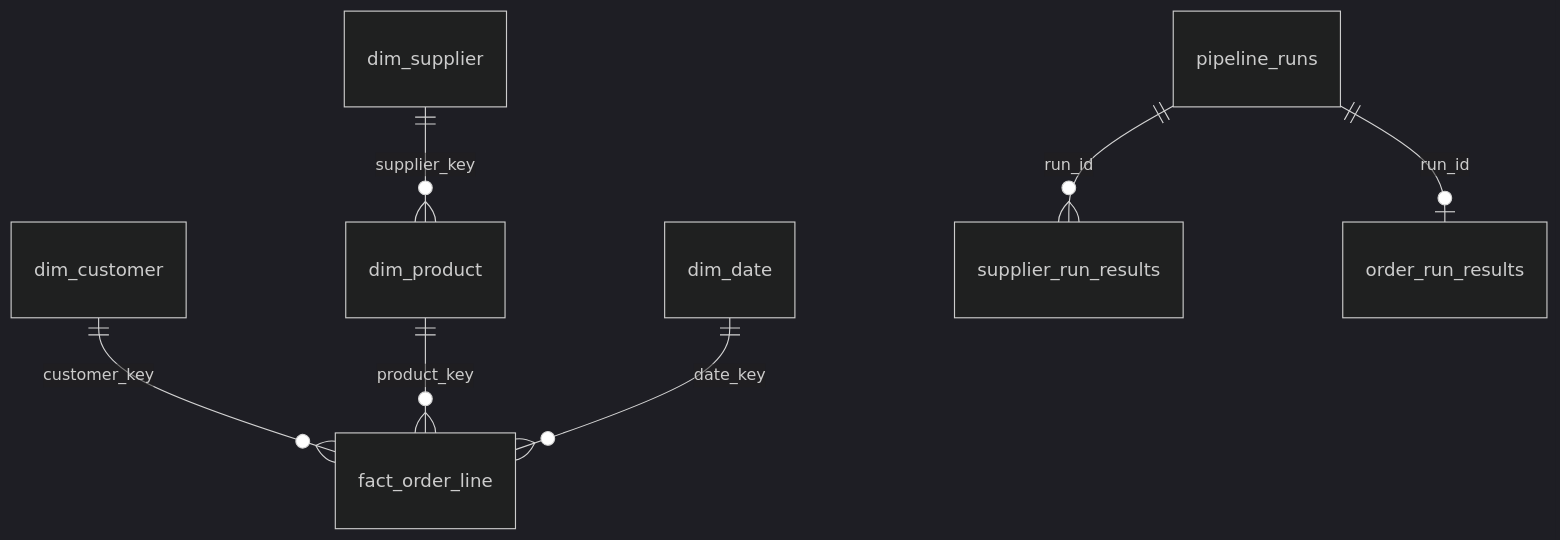
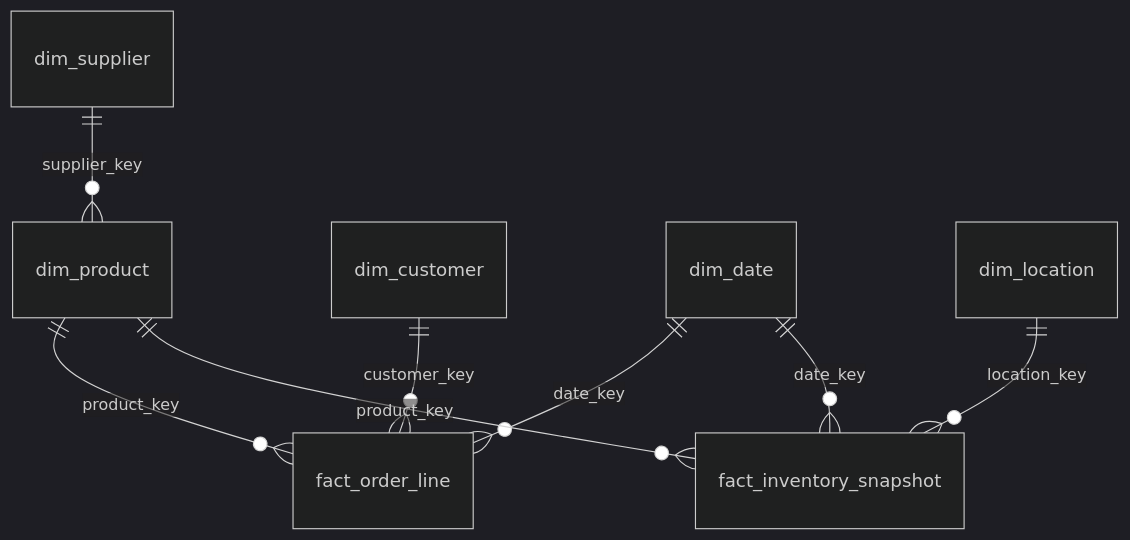
The second of 2 diagrams in README.md (yaya-soumah/agpp-data-platform), drawn with Mermaid (dark theme) before and after one commit. The commit also changed other lines of this file and 4 other files, not shown here.

Commit message:
test: add inventory end-to-end tests, a three-pipeline platform test and docs (#44)

````diff
--- a/README.md
+++ b/README.md
@@ -52,9 +58,10 @@
 ```mermaid
 erDiagram
     dim_supplier ||--o{ dim_product : supplier_key
     dim_customer ||--o{ fact_order_line : customer_key
     dim_product ||--o{ fact_order_line : product_key
     dim_date ||--o{ fact_order_line : date_key
-    pipeline_runs ||--o{ supplier_run_results : run_id
-    pipeline_runs ||--o| order_run_results : run_id
+    dim_location ||--o{ fact_inventory_snapshot : location_key
+    dim_product ||--o{ fact_inventory_snapshot : product_key
+    dim_date ||--o{ fact_inventory_snapshot : date_key
 ```
````
